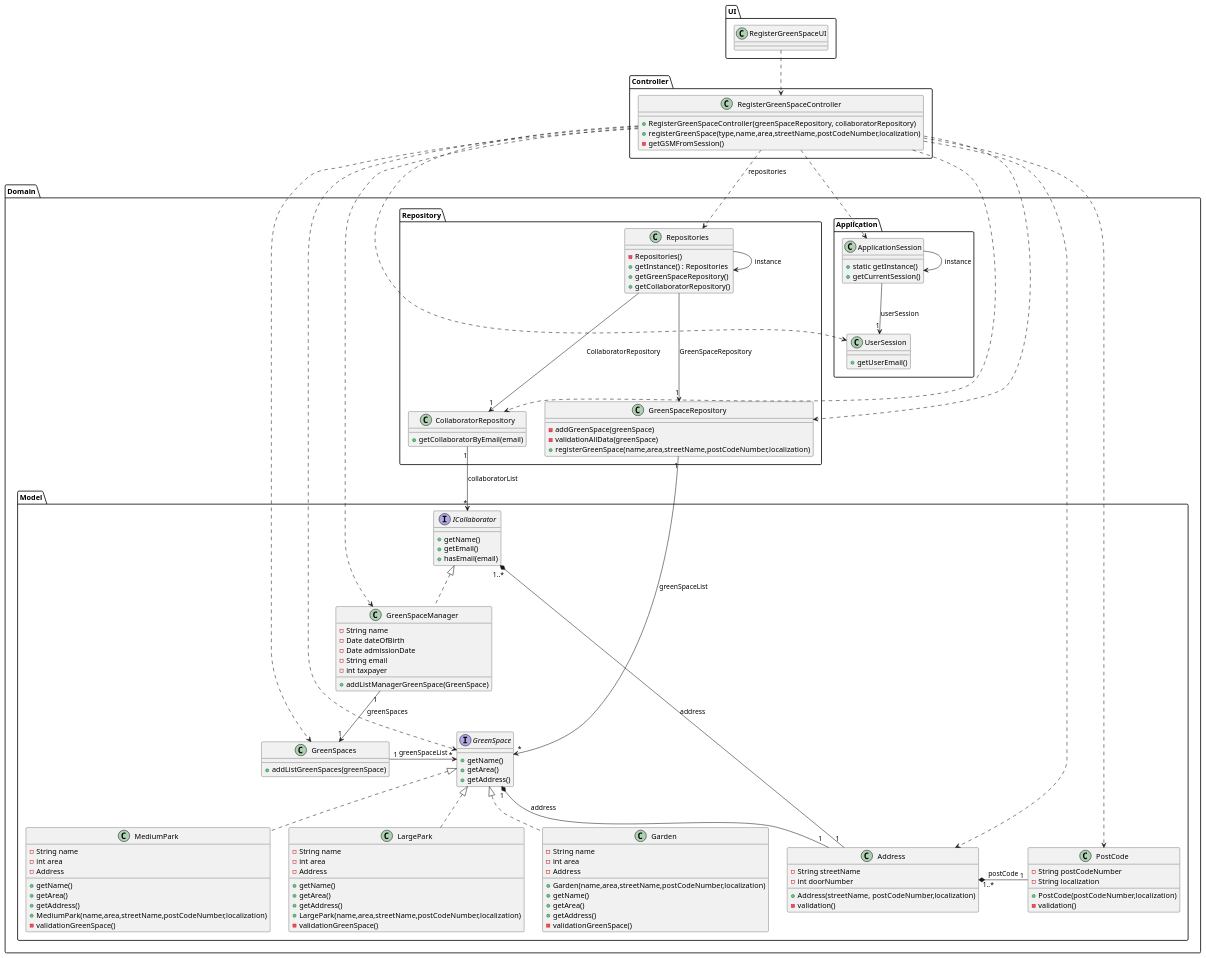
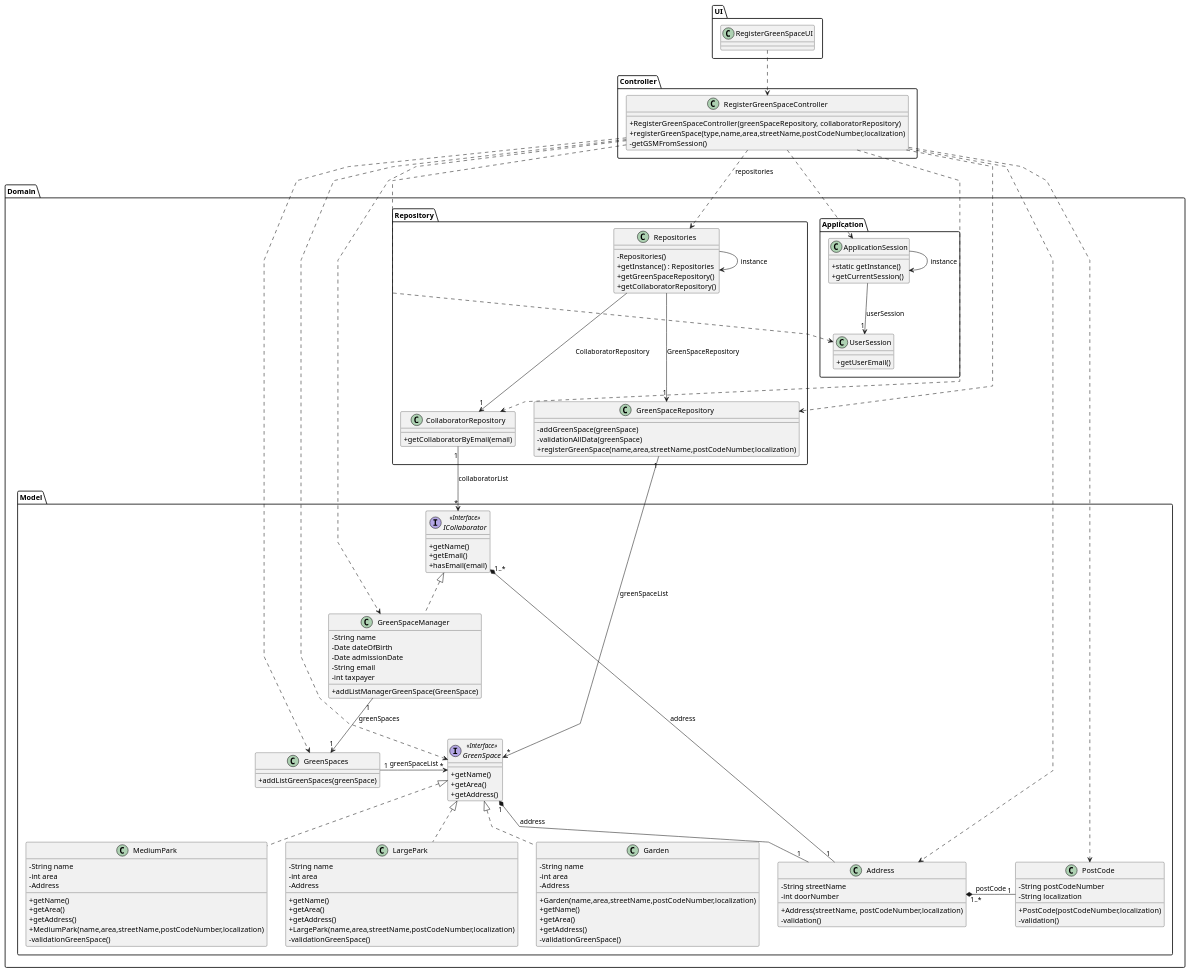
One commit to Departamento-de-Engenharia-Informatica/lei-24-s2-1db-g022 changed the diagram in docs/sprint3/us20/03.design/puml/us20-alt2-class-diagram.puml. Above: the diagram before and after it, drawn with PlantUML. The commit also changed 5 other files, not shown here.

```diff
--- a/docs/sprint3/us20/03.design/puml/us20-alt2-class-diagram.puml
+++ b/docs/sprint3/us20/03.design/puml/us20-alt2-class-diagram.puml
@@ -1,187 +1,188 @@
 @startuml
 'skinparam monochrome true
 skinparam packageStyle rectangle
 skinparam shadowing false
-skinparam linetype orto
+skinparam linetype polyline
+'skinparam linetype orto
 
-skinparam classAttributeIconSize "1"
+skinparam classAttributeIconSize 0
 
 'left to right direction
 package "UI" <<Folder>> {
     class RegisterGreenSpaceUI {
     }
 }
 
 package "Controller" <<Folder>> {
     class RegisterGreenSpaceController {
         + RegisterGreenSpaceController(greenSpaceRepository, collaboratorRepository)
         + registerGreenSpace(type,name,area,streetName,postCodeNumber,localization)
         - getGSMFromSession()
 
     }
 }
 package "Domain" <<Folder>> {
 
     package "Domain.Application" <<Folder>> {
         class ApplicationSession
         {
             + static getInstance()
             + getCurrentSession()
         }
 
         class UserSession
         {
             + getUserEmail()
         }
     }
 
     package "Domain.Model" <<Folder>> {
-        interface GreenSpace {
+        interface GreenSpace <<Interface>>{
 
             + getName()
             + getArea()
             + getAddress()
 
         }
 
         class GreenSpaces{
             + addListGreenSpaces(greenSpace)
         }
 
         class Garden implements GreenSpace{
             - String name
             - int area
             - Address
 
             + Garden(name,area,streetName,postCodeNumber,localization)
             + getName()
             + getArea()
             + getAddress()
             - validationGreenSpace()
         }
 
         class MediumPark implements GreenSpace{
             - String name
             - int area
             - Address
 
             + getName()
             + getArea()
             + getAddress()
             + MediumPark(name,area,streetName,postCodeNumber,localization)
             - validationGreenSpace()
         }
 
         class LargePark implements GreenSpace{
             - String name
             - int area
             - Address
 
             + getName()
             + getArea()
             + getAddress()
             + LargePark(name,area,streetName,postCodeNumber,localization)
             - validationGreenSpace()
 
         }
 
-        interface ICollaborator{
+        interface ICollaborator <<Interface>>{
             + getName()
             + getEmail()
             + hasEmail(email)
 
         }
 
         class GreenSpaceManager implements ICollaborator{
             - String name
             - Date dateOfBirth
             - Date admissionDate
             - String email
             - int taxpayer
             + addListManagerGreenSpace(GreenSpace)
 
         }
 
         class Address {
             - String streetName
             - int doorNumber
 
             + Address(streetName, postCodeNumber,localization)
             - validation()
         }
 
         class PostCode{
             - String postCodeNumber
             - String localization
 
             + PostCode(postCodeNumber,localization)
             - validation()
         }
     }
 
     package "Domain.Repository" <<Folder>> {
         class Repositories {
 
             - Repositories()
             + getInstance() : Repositories
             + getGreenSpaceRepository()
             + getCollaboratorRepository()
         }
 
         class CollaboratorRepository {
             + getCollaboratorByEmail(email)
         }
 
         class GreenSpaceRepository {
             - addGreenSpace(greenSpace)
             - validationAllData(greenSpace)
             + registerGreenSpace(name,area,streetName,postCodeNumber,localization)
         }
     }
 
 }
 '-------------------Instance-------------------
 Repositories -> Repositories : instance
 ApplicationSession -> ApplicationSession : instance
 
 '-------------------UI-------------------
 RegisterGreenSpaceUI ..> RegisterGreenSpaceController
 
 '-------------------Controller-------------------
 RegisterGreenSpaceController ..> Repositories : repositories
 RegisterGreenSpaceController ..> ApplicationSession
 RegisterGreenSpaceController ...> UserSession
 RegisterGreenSpaceController ...> GreenSpaceRepository
 RegisterGreenSpaceController ...> GreenSpaceManager
 RegisterGreenSpaceController ...> CollaboratorRepository
 RegisterGreenSpaceController ...> GreenSpace
 RegisterGreenSpaceController ...> Address
 RegisterGreenSpaceController ...> PostCode
 RegisterGreenSpaceController ...> GreenSpaces
 
 '-------------------ApplicationSession-------------------
 ApplicationSession --> "1" UserSession : userSession
 
 '-------------------Repositories-------------------
 Repositories ---> "1" GreenSpaceRepository : GreenSpaceRepository
 Repositories ---> "1" CollaboratorRepository : CollaboratorRepository
 
 '-------------------CollaboratorRepository-------------------
 CollaboratorRepository "1"  --> "*" ICollaborator : collaboratorList
 
 '-------------------GreenSpaceRepository-------------------
 GreenSpaceRepository "1" --> "*" GreenSpace : greenSpaceList
 
 '-------------------Green Space Manager-------------------
 GreenSpaceManager "1" --> "1" GreenSpaces : greenSpaces
 
 '-------------------GreenSpace-------------------
 GreenSpaces "1" -> "*" GreenSpace: greenSpaceList
 GreenSpace "1" *- "1" Address : address
 
 '-------------------Address-------------------
 Address "1..*" *- "1" PostCode : postCode
 ICollaborator "1..*" *---- "1" Address : address
 
 
 @enduml
```
